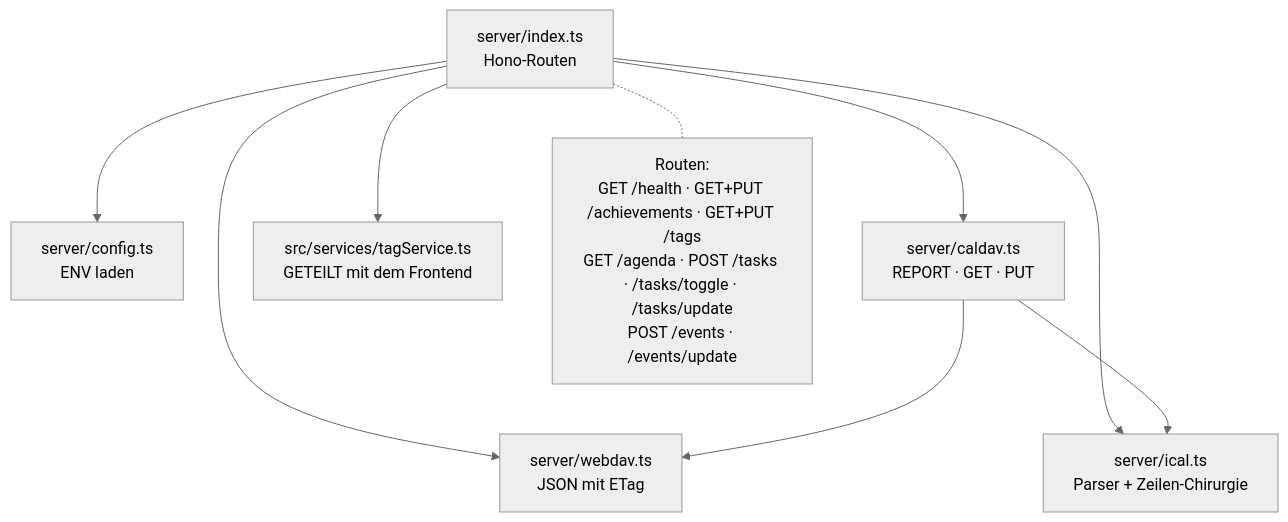
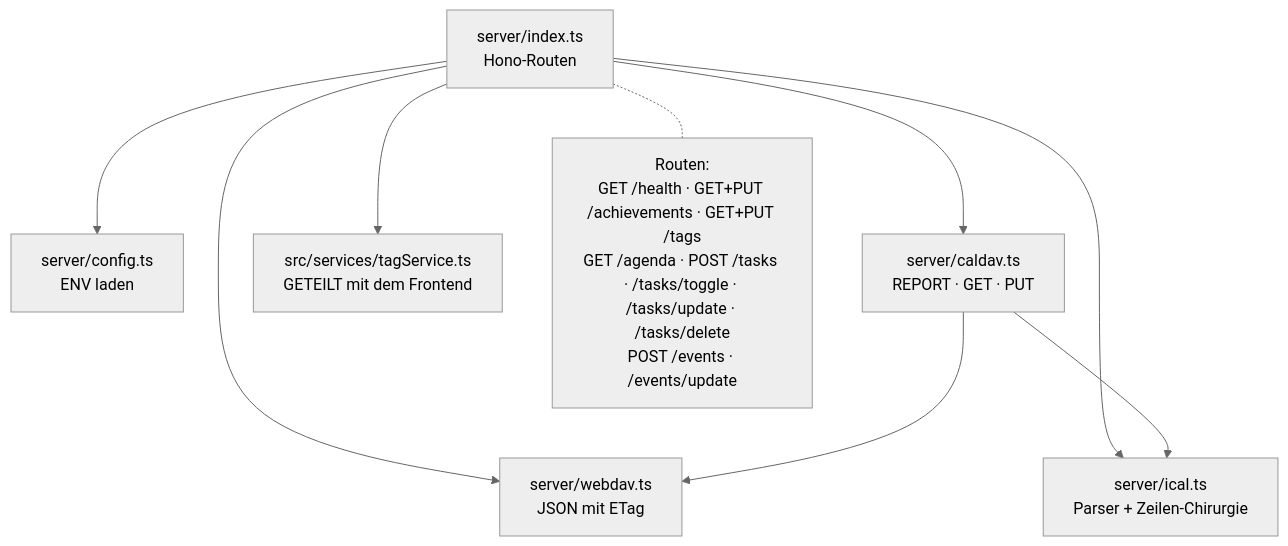
The third of 4 diagrams in docs/projekt-stand.md (01msmr/doday), drawn with Mermaid (neutral theme) before and after one commit. The commit also changed other lines of this file and 3 other files, not shown here.

````diff
--- a/docs/projekt-stand.md
+++ b/docs/projekt-stand.md
@@ -277,19 +303,19 @@
 ```mermaid
 flowchart TD
   idx["server/index.ts<br/>Hono-Routen"]
   cfg["server/config.ts<br/>ENV laden"]
   wd["server/webdav.ts<br/>JSON mit ETag"]
   cd["server/caldav.ts<br/>REPORT · GET · PUT"]
   ic["server/ical.ts<br/>Parser + Zeilen-Chirurgie"]
   ts["src/services/tagService.ts<br/>GETEILT mit dem Frontend"]
 
   idx --> cfg
   idx --> wd
   idx --> cd
   idx --> ic
   idx --> ts
   cd --> ic
   cd --> wd
 
-  idx -.- R["Routen:<br/>GET /health · GET+PUT /achievements · GET+PUT /tags<br/>GET /agenda · POST /tasks · /tasks/toggle · /tasks/update<br/>POST /events · /events/update"]
+  idx -.- R["Routen:<br/>GET /health · GET+PUT /achievements · GET+PUT /tags<br/>GET /agenda · POST /tasks · /tasks/toggle · /tasks/update · /tasks/delete<br/>POST /events · /events/update"]
 ```
````
